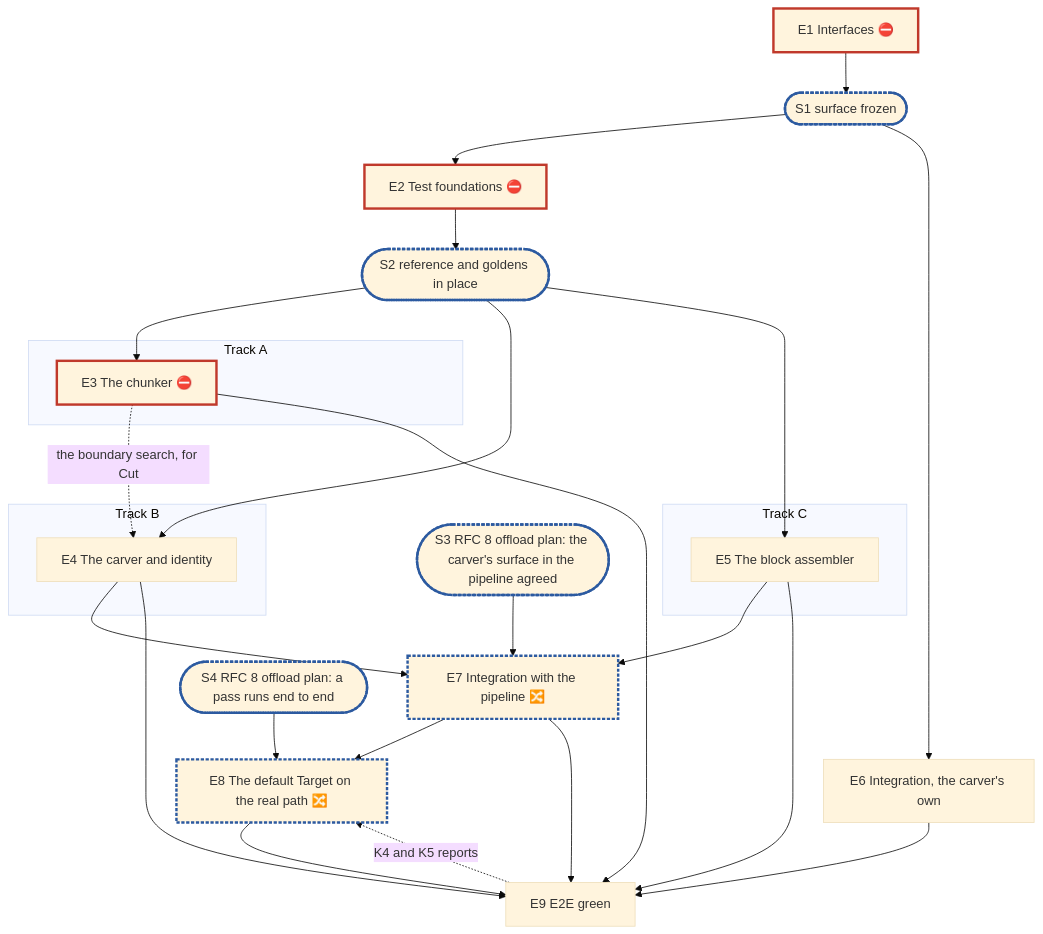
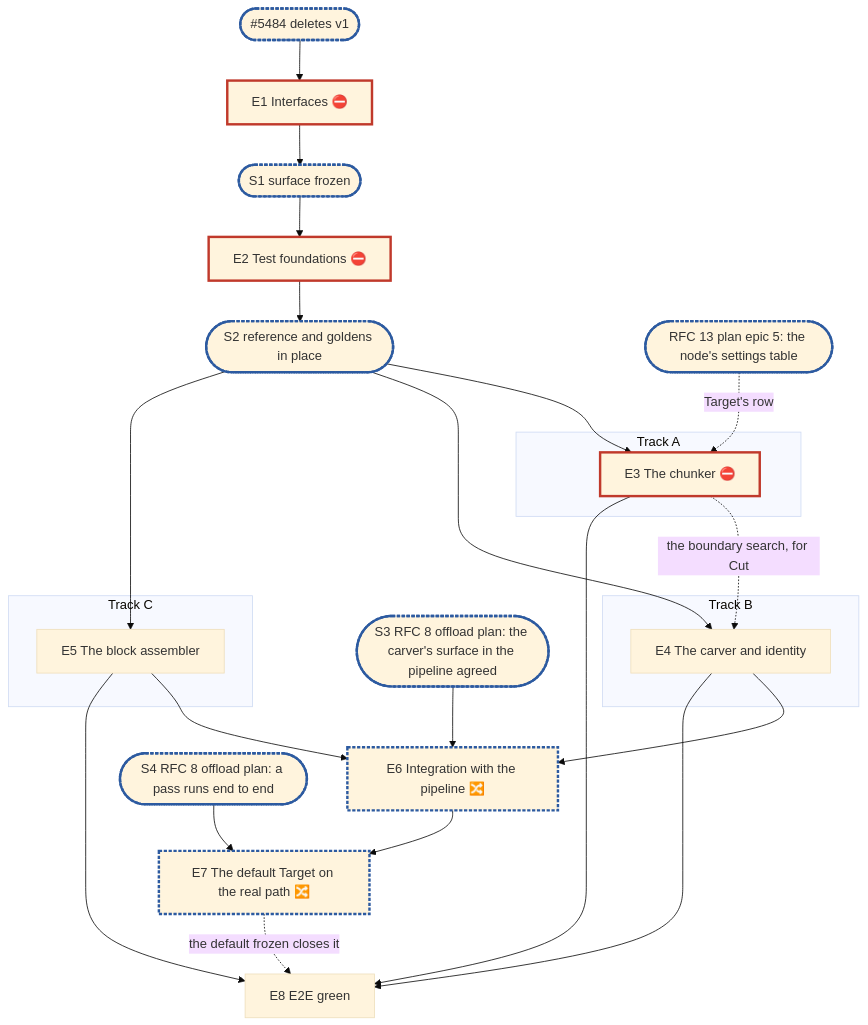
One commit to cubbit/dittofs changed the diagram in .planning/rfc-2-carver-plan.md. Above: the diagram before and after it, drawn with Mermaid (base theme). The commit also changed other lines of this file, not shown here.

Commit message:
docs(planning): RFC 2 carver implementation plan

````diff
--- a/.planning/rfc-2-carver-plan.md
+++ b/.planning/rfc-2-carver-plan.md
@@ -252,26 +246,25 @@
 ```mermaid
 flowchart TD
-  E1["E1 Interfaces ⛔"]:::blocker --> S1(["S1 surface frozen"]):::sync
+  X1(["#5484 deletes v1"]):::sync --> E1["E1 Interfaces ⛔"]:::blocker --> S1(["S1 surface frozen"]):::sync
   S1 --> E2["E2 Test foundations ⛔"]:::blocker --> S2(["S2 reference and goldens in place"]):::sync
   subgraph A["Track A"]
     E3["E3 The chunker ⛔"]:::blocker
   end
   subgraph B["Track B"]
     E4["E4 The carver and identity"]
   end
   subgraph C["Track C"]
     E5["E5 The block assembler"]
   end
   S2 --> E3 & E4 & E5
+  X2(["RFC 13 plan epic 5: the node's settings table"]):::sync -. "Target's row" .-> E3
   E3 -. "the boundary search, for Cut" .-> E4
-  S1 --> E6["E6 Integration, the carver's own"]
-  S3(["S3 RFC 8 offload plan: the carver's surface in the pipeline agreed"]):::sync --> E7["E7 Integration with the pipeline 🔀"]:::sync
-  E4 & E5 --> E7
-  S4(["S4 RFC 8 offload plan: a pass runs end to end"]):::sync --> E8["E8 The default Target on the real path 🔀"]:::sync
-  E7 --> E8
-  E3 & E4 & E5 & E6 --> E9["E9 E2E green"]
-  E7 & E8 --> E9
-  E9 -. "K4 and K5 reports" .-> E8
+  S3(["S3 RFC 8 offload plan: the carver's surface in the pipeline agreed"]):::sync --> E6["E6 Integration with the pipeline 🔀"]:::sync
+  E4 & E5 --> E6
+  S4(["S4 RFC 8 offload plan: a pass runs end to end"]):::sync --> E7["E7 The default Target on the real path 🔀"]:::sync
+  E6 --> E7
+  E3 & E4 & E5 --> E8["E8 E2E green"]
+  E7 -. "the default frozen closes it" .-> E8
   classDef blocker stroke:#c0392b,stroke-width:3px
   classDef sync stroke:#2c5aa0,stroke-width:3px,stroke-dasharray:4 2
 ```
````
